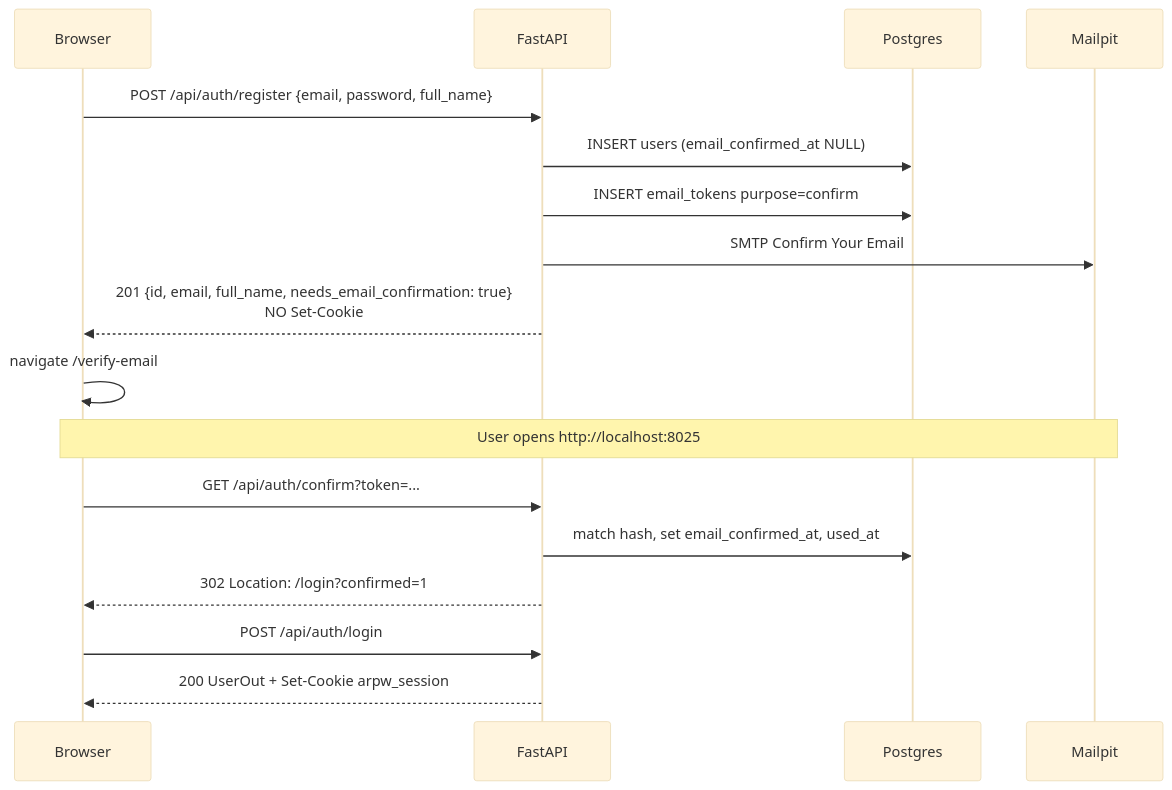
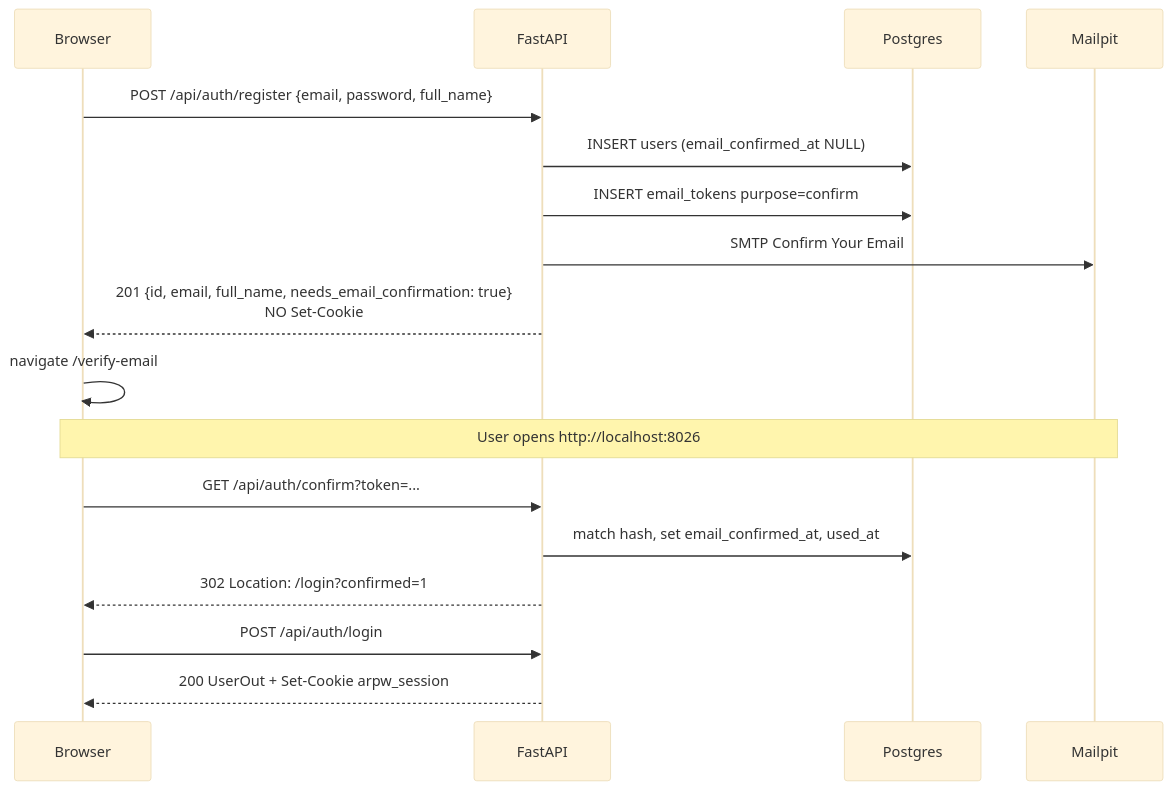
The second of 4 diagrams in docs/ARCHITECTURE.md (Marc02130/arpw-local), drawn with Mermaid (base theme) before and after one commit. The commit also changed other lines of this file and 4 other files, not shown here.

First line of the commit message:
docs: align ARCHITECTURE/PLAN with live :8082 stack and ceil(n/10) UAT waits

````diff
--- a/docs/ARCHITECTURE.md
+++ b/docs/ARCHITECTURE.md
@@ -360,19 +360,19 @@
 ```mermaid
 sequenceDiagram
   participant B as Browser
   participant API as FastAPI
   participant DB as Postgres
   participant M as Mailpit
   B->>API: POST /api/auth/register {email, password, full_name}
   API->>DB: INSERT users (email_confirmed_at NULL)
   API->>DB: INSERT email_tokens purpose=confirm
   API->>M: SMTP Confirm Your Email
   API-->>B: 201 {id, email, full_name, needs_email_confirmation: true}<br/>NO Set-Cookie
   B->>B: navigate /verify-email
-  Note over B,M: User opens http://localhost:8025
+  Note over B,M: User opens http://localhost:8026
   B->>API: GET /api/auth/confirm?token=...
   API->>DB: match hash, set email_confirmed_at, used_at
   API-->>B: 302 Location: /login?confirmed=1
   B->>API: POST /api/auth/login
   API-->>B: 200 UserOut + Set-Cookie arpw_session
 ```
````
